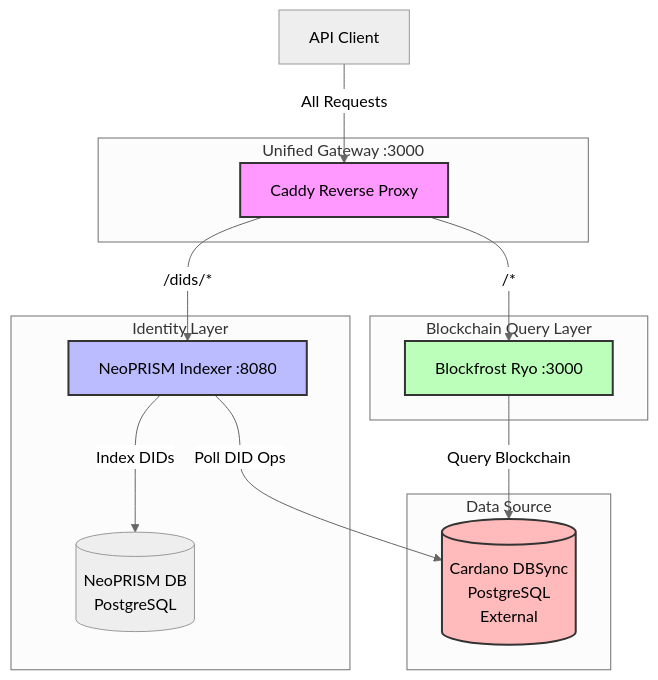
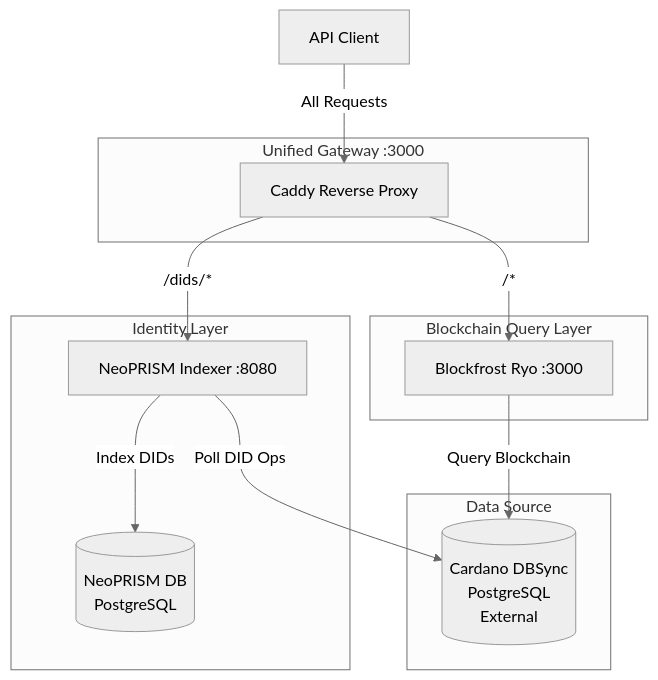
Before and after one commit to hyperledger-identus/neoprism: the diagram in docker/blockfrost-neoprism-demo/README.md, drawn with Mermaid (neutral theme).

Commit message:
docs: clean up architecture diagram formatting in demo README

````diff
--- a/docker/blockfrost-neoprism-demo/README.md
+++ b/docker/blockfrost-neoprism-demo/README.md
@@ -92,36 +92,28 @@
 ```mermaid
 graph TB
     Client[API Client]
-    
+
     subgraph "Unified Gateway :3000"
         Caddy[Caddy Reverse Proxy]
     end
-    
+
     subgraph "Identity Layer"
         NeoprismIndexer[NeoPRISM Indexer :8080]
         NeoprismDB[(NeoPRISM DB<br/>PostgreSQL)]
     end
-    
+
     subgraph "Blockchain Query Layer"
         Ryo[Blockfrost Ryo :3000]
     end
-    
+
     subgraph "Data Source"
         DBSync[(Cardano DBSync<br/>PostgreSQL<br/>External)]
     end
-    
+
     Client -->|All Requests| Caddy
-    
     Caddy -->|/dids/*| NeoprismIndexer
     Caddy -->|/*| Ryo
-    
     NeoprismIndexer -->|Index DIDs| NeoprismDB
     NeoprismIndexer -->|Poll DID Ops| DBSync
-    
     Ryo -->|Query Blockchain| DBSync
-    
-    style Caddy fill:#f9f,stroke:#333,stroke-width:2px
-    style NeoprismIndexer fill:#bbf,stroke:#333,stroke-width:2px
-    style Ryo fill:#bfb,stroke:#333,stroke-width:2px
-    style DBSync fill:#fbb,stroke:#333,stroke-width:2px
 ```
````
